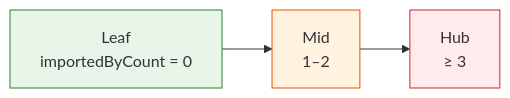
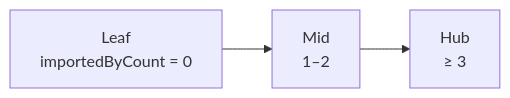
Before and after one commit to effiy/YrY: the fourth of 9 diagrams in skills/rui/ranking.md, drawn with Mermaid. The commit also changed other lines of this file and 61 other files, not shown here.

````diff
--- a/skills/rui/ranking.md
+++ b/skills/rui/ranking.md
@@ -192,9 +186,6 @@
 ```mermaid
 flowchart LR
     LEAF["Leaf<br/>importedByCount = 0"]:::low --> MID["Mid<br/>1–2"]:::mid
     MID --> HUB["Hub<br/>≥ 3"]:::high
 
-    classDef low fill:#e8f5e9,stroke:#2e7d32;
-    classDef mid fill:#fff3e0,stroke:#e65100;
-    classDef high fill:#ffebee,stroke:#c62828;
 ```
````
